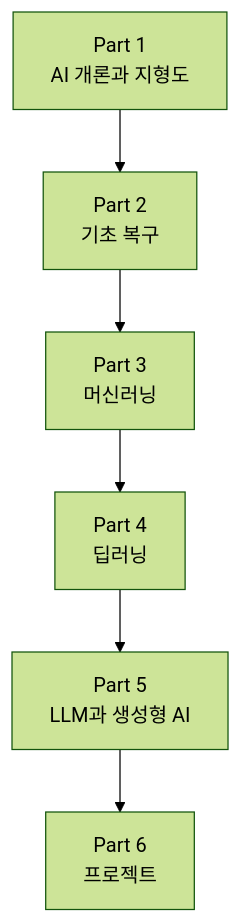
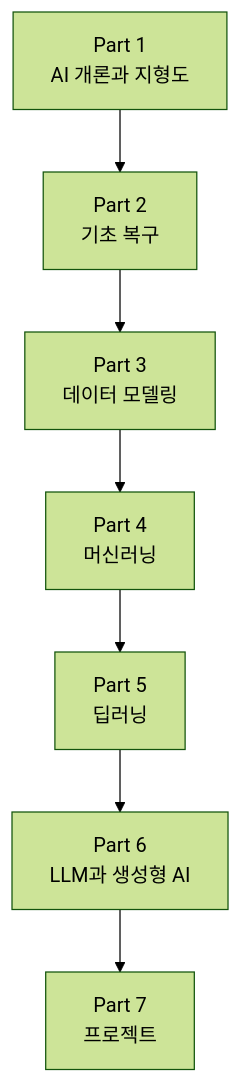
One commit to devchan64/AiBook changed the diagram in docs/index.md. Above: the diagram before and after it, drawn with Mermaid (forest theme). The commit also changed other lines of this file and 760 other files, not shown here.

````diff
--- a/docs/index.md
+++ b/docs/index.md
@@ -57,8 +58,9 @@
 ```mermaid
 flowchart TD
     A["Part 1<br/>AI 개론과 지형도"] --> B["Part 2<br/>기초 복구"]
-    B --> C["Part 3<br/>머신러닝"]
-    C --> D["Part 4<br/>딥러닝"]
-    D --> E["Part 5<br/>LLM과 생성형 AI"]
-    E --> F["Part 6<br/>프로젝트"]
+    B --> C["Part 3<br/>데이터 모델링"]
+    C --> D["Part 4<br/>머신러닝"]
+    D --> E["Part 5<br/>딥러닝"]
+    E --> F["Part 6<br/>LLM과 생성형 AI"]
+    F --> G["Part 7<br/>프로젝트"]
 ```
````
